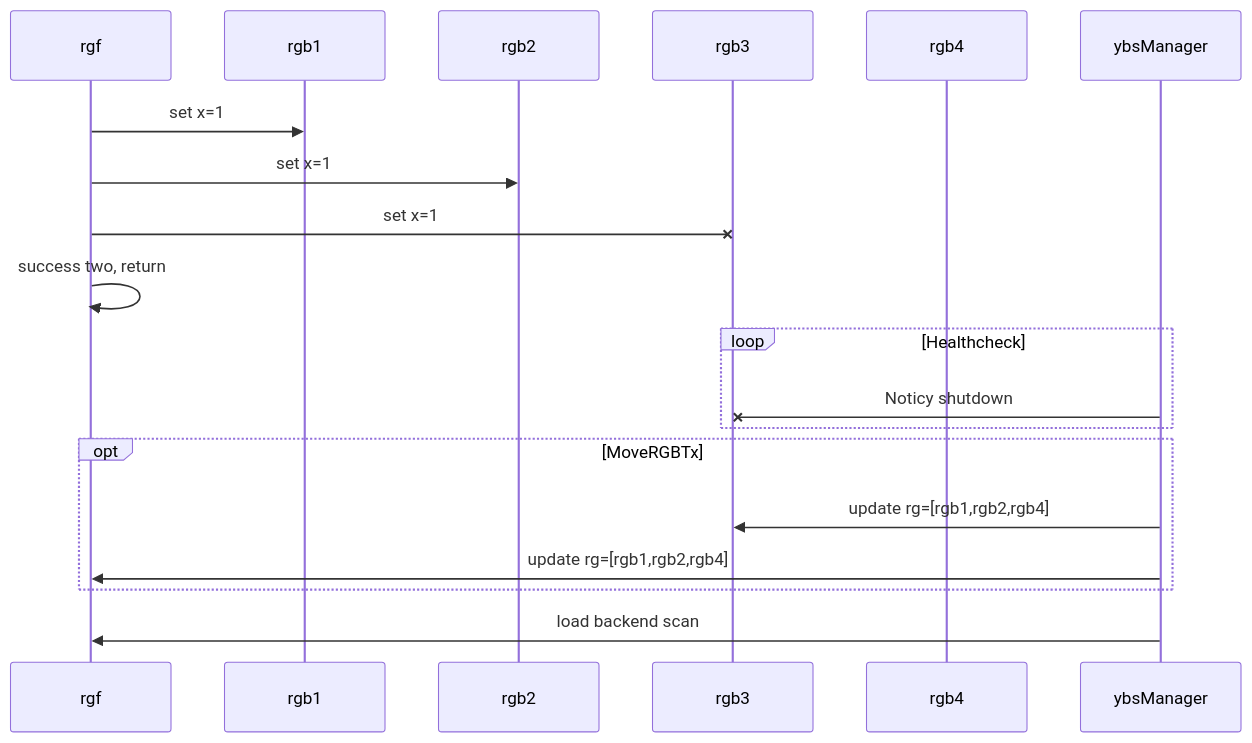
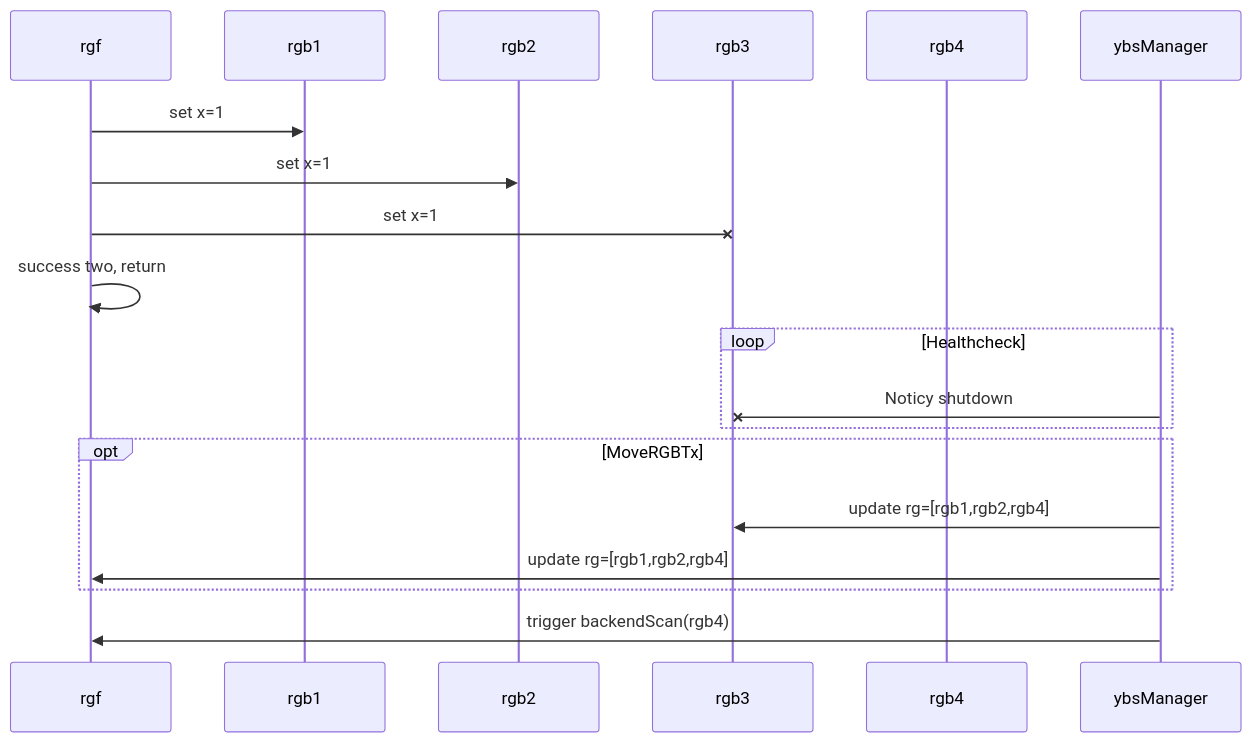
Before and after one commit to DeathPoem/little_cave_local_files: the first of 4 diagrams in bin/SmallTopic/designZbs.md, drawn with Mermaid. The commit also changed other lines of this file and 2 other files, not shown here.

````diff
--- a/bin/SmallTopic/designZbs.md
+++ b/bin/SmallTopic/designZbs.md
@@ -105,22 +106,22 @@
 ```mermaid
 sequenceDiagram
   participant rgf
   participant rgb1
   participant rgb2
   participant rgb3
   participant rgb4
   participant ybsManager
 
   rgf->>rgb1: set x=1
   rgf->>rgb2: set x=1
   rgf-xrgb3: set x=1
   rgf->>rgf: success two, return
   loop Healthcheck
       ybsManager-xrgb3: Noticy shutdown
   end
   opt MoveRGBTx
       ybsManager->>rgb3: update rg=[rgb1,rgb2,rgb4]
       ybsManager->>rgf: update rg=[rgb1,rgb2,rgb4]
   end
-  ybsManager->>rgf: load backend scan
+  ybsManager->>rgf: trigger backendScan(rgb4)
 ```
````
